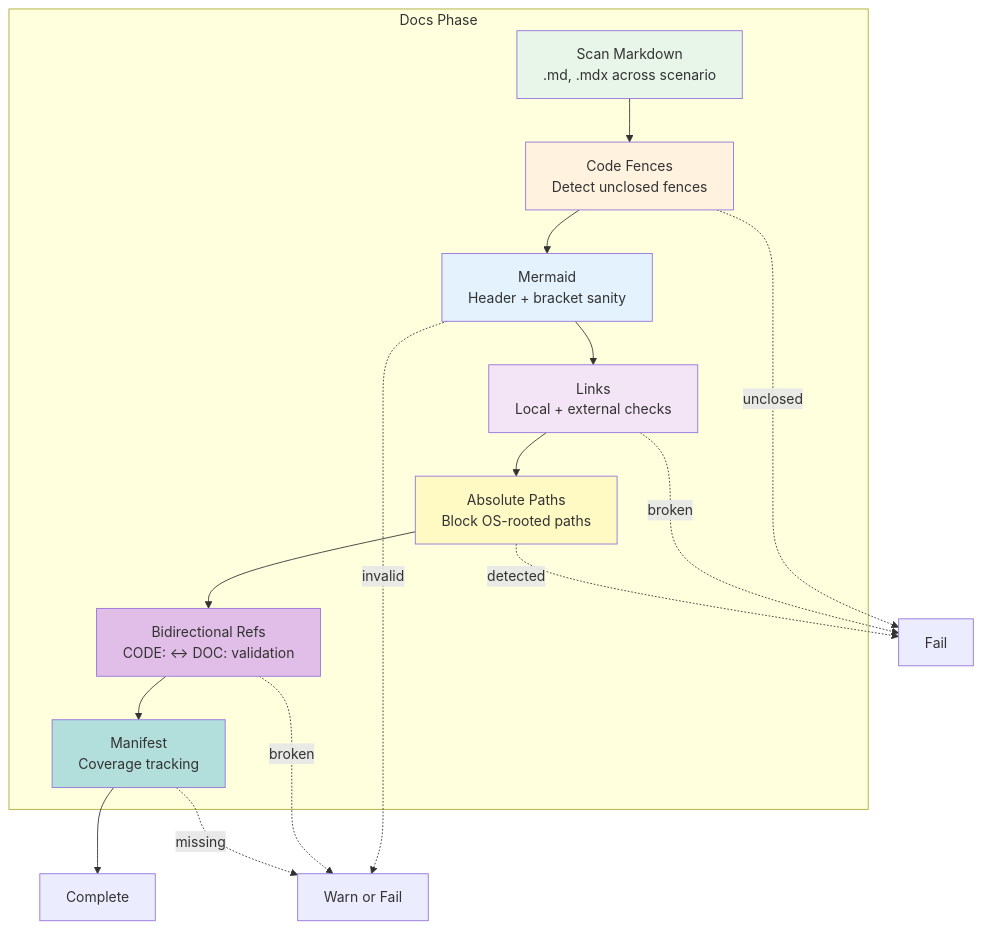
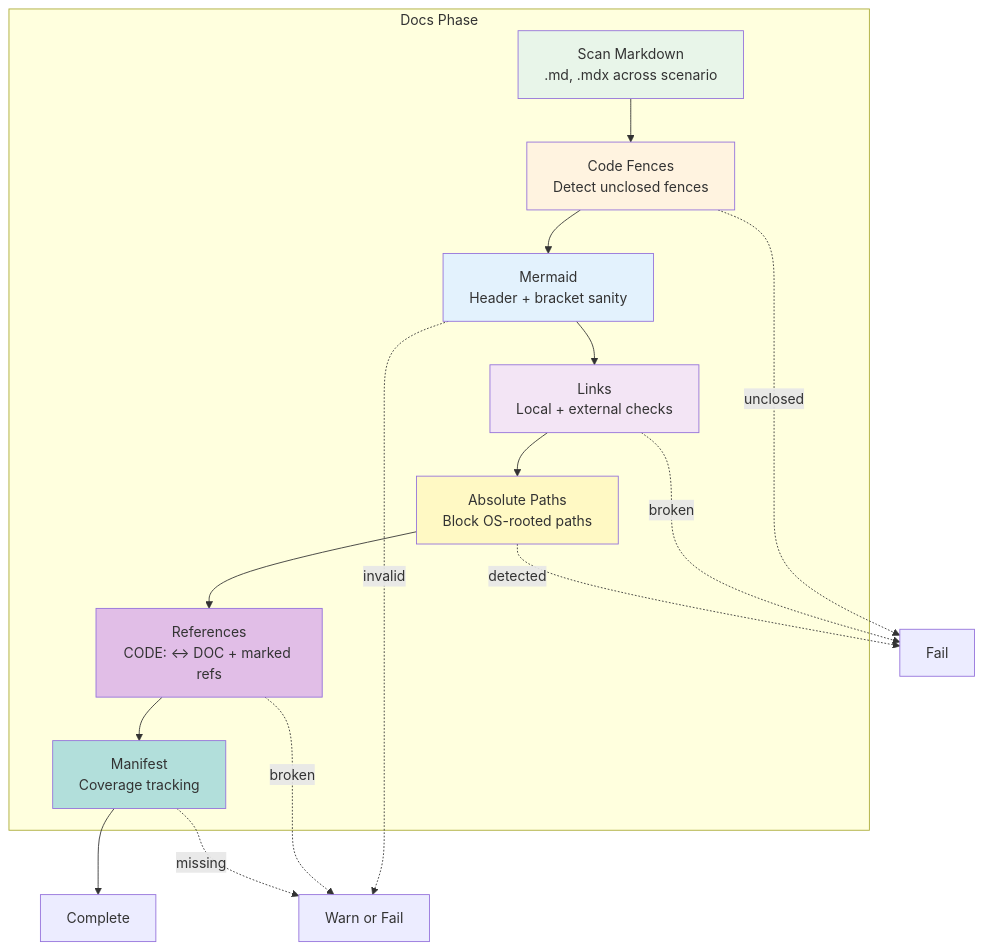
One commit to Vrooli/Vrooli changed the diagram in scenarios/test-genie/docs/phases/docs/README.md. Above: the diagram before and after it, drawn with Mermaid. The commit also changed other lines of this file and 96 other files, not shown here.

````diff
--- a/scenarios/test-genie/docs/phases/docs/README.md
+++ b/scenarios/test-genie/docs/phases/docs/README.md
@@ -27,29 +27,29 @@
 ```mermaid
 graph TB
     subgraph "Docs Phase"
         SCAN[Scan Markdown<br/>.md, .mdx across scenario]
         FENCES[Code Fences<br/>Detect unclosed fences]
         MERMAID[Mermaid<br/>Header + bracket sanity]
         LINKS[Links<br/>Local + external checks]
         ABS[Absolute Paths<br/>Block OS-rooted paths]
-        REFS[Bidirectional Refs<br/>CODE: ↔ DOC: validation]
+        REFS[References<br/>CODE: ↔ DOC + marked refs]
         MANIFEST[Manifest<br/>Coverage tracking]
     end
 
     SCAN --> FENCES --> MERMAID --> LINKS --> ABS --> REFS --> MANIFEST --> DONE[Complete]
 
     FENCES -.->|unclosed| FAIL[Fail]
     MERMAID -.->|invalid| WARN[Warn or Fail]
     LINKS -.->|broken| FAIL
     ABS -.->|detected| FAIL
     REFS -.->|broken| WARN[Warn or Fail]
     MANIFEST -.->|missing| WARN
 
     style SCAN fill:#e8f5e9
     style FENCES fill:#fff3e0
     style MERMAID fill:#e3f2fd
     style LINKS fill:#f3e5f5
     style ABS fill:#fff9c4
     style REFS fill:#e1bee7
     style MANIFEST fill:#b2dfdb
 ```
````
